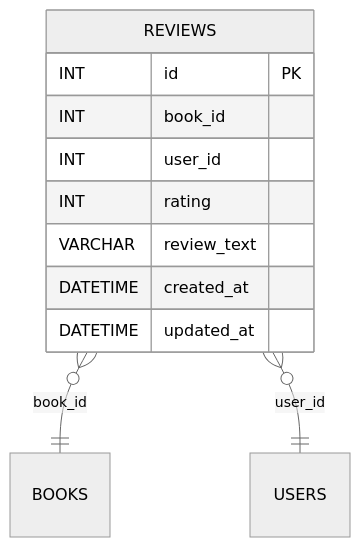
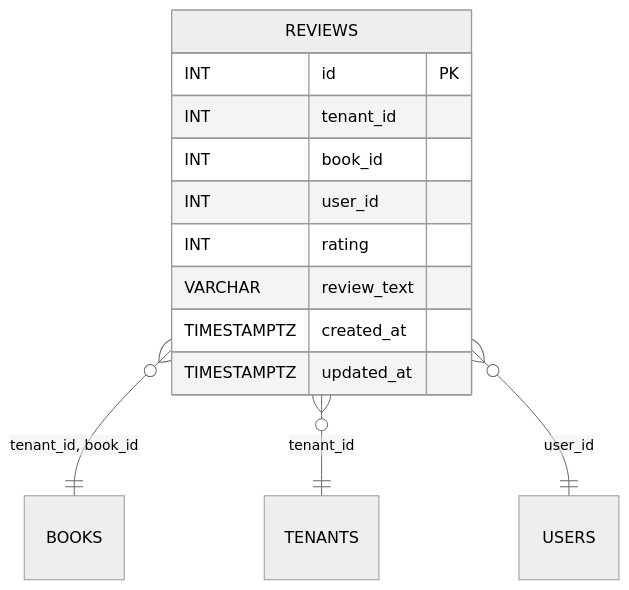
One commit to blackcatdatabase/table-reviews changed the diagram in README.md. Above: the diagram before and after it, drawn with Mermaid (neutral theme). The commit also changed other lines of this file and 26 other files, not shown here.

First line of the commit message:
Regen schema (#1)

````diff
--- a/README.md
+++ b/README.md
@@ -54,14 +59,16 @@
 ```mermaid
 erDiagram
   REVIEWS {
     INT id PK
+    INT tenant_id
     INT book_id
     INT user_id
     INT rating
     VARCHAR review_text
-    DATETIME created_at
-    DATETIME updated_at
+    TIMESTAMPTZ created_at
+    TIMESTAMPTZ updated_at
   }
-  REVIEWS }o--|| BOOKS : "book_id"
+  REVIEWS }o--|| BOOKS : "tenant_id, book_id"
+  REVIEWS }o--|| TENANTS : "tenant_id"
   REVIEWS }o--|| USERS : "user_id"
 ```
````
